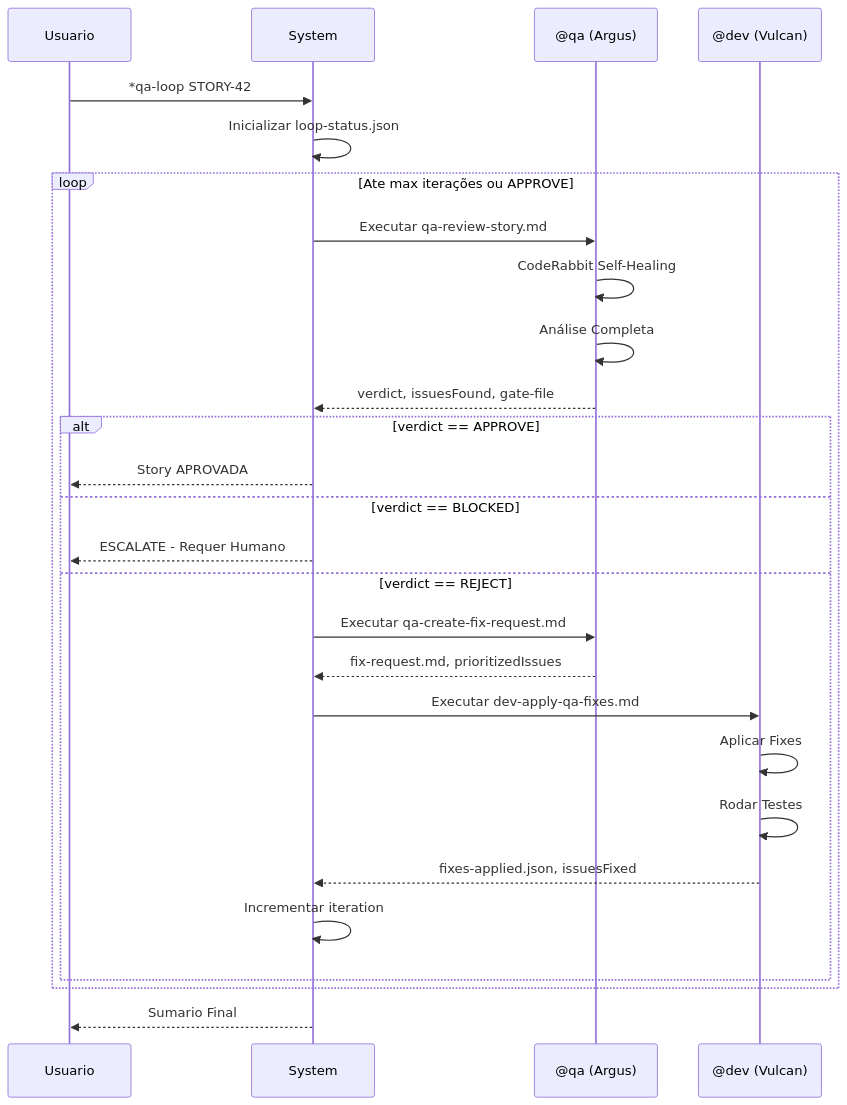
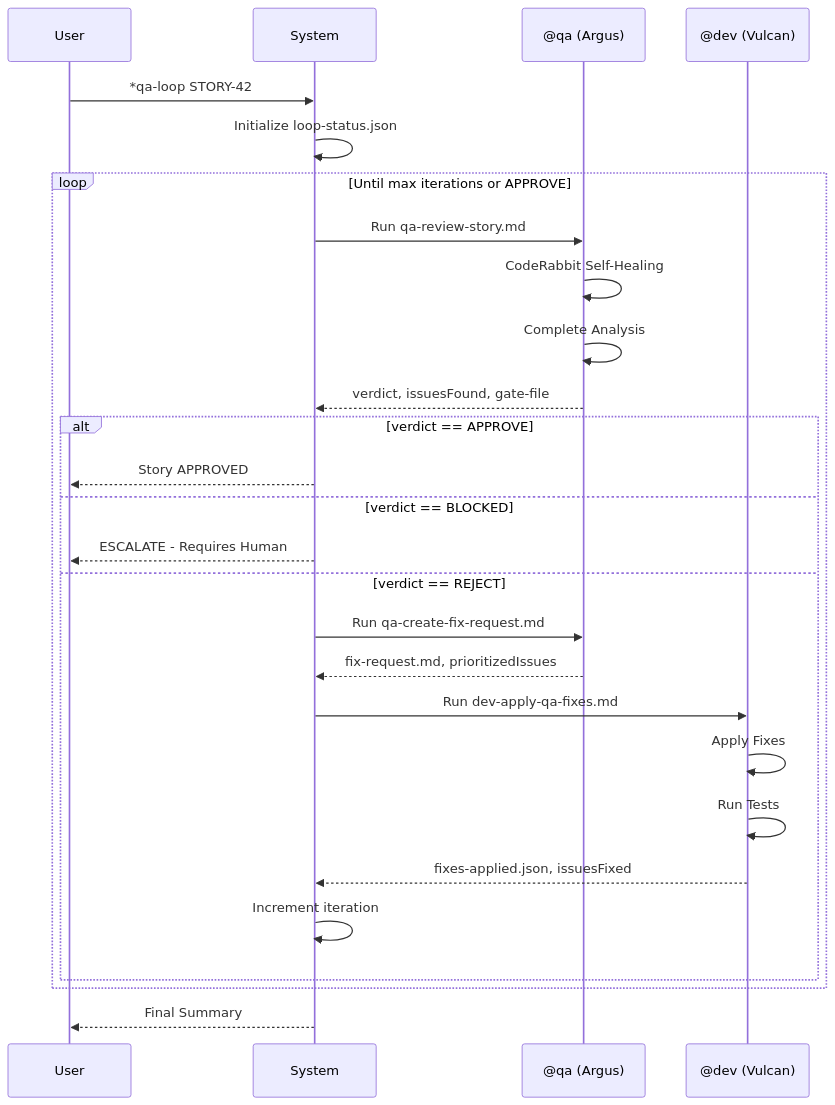
Before and after one commit to CyryxLabs/AEXOS: the third of 10 diagrams in docs/aexos-workflows/qa-loop-workflow.md, drawn with Mermaid. The commit also changed other lines of this file and 528 other files, not shown here.

````diff
--- a/docs/aexos-workflows/qa-loop-workflow.md
+++ b/docs/aexos-workflows/qa-loop-workflow.md
@@ -179,35 +179,35 @@
 ```mermaid
 sequenceDiagram
-    participant U as Usuario
+    participant U as User
     participant S as System
     participant QA as @qa (Argus)
     participant DEV as @dev (Vulcan)
 
     U->>S: *qa-loop STORY-42
-    S->>S: Inicializar loop-status.json
+    S->>S: Initialize loop-status.json
 
-    loop Ate max iterações ou APPROVE
-        S->>QA: Executar qa-review-story.md
+    loop Until max iterations or APPROVE
+        S->>QA: Run qa-review-story.md
         QA->>QA: CodeRabbit Self-Healing
-        QA->>QA: Análise Completa
+        QA->>QA: Complete Analysis
         QA-->>S: verdict, issuesFound, gate-file
 
         alt verdict == APPROVE
-            S-->>U: Story APROVADA
+            S-->>U: Story APPROVED
         else verdict == BLOCKED
-            S-->>U: ESCALATE - Requer Humano
+            S-->>U: ESCALATE - Requires Human
         else verdict == REJECT
-            S->>QA: Executar qa-create-fix-request.md
+            S->>QA: Run qa-create-fix-request.md
             QA-->>S: fix-request.md, prioritizedIssues
 
-            S->>DEV: Executar dev-apply-qa-fixes.md
-            DEV->>DEV: Aplicar Fixes
-            DEV->>DEV: Rodar Testes
+            S->>DEV: Run dev-apply-qa-fixes.md
+            DEV->>DEV: Apply Fixes
+            DEV->>DEV: Run Tests
             DEV-->>S: fixes-applied.json, issuesFixed
 
-            S->>S: Incrementar iteration
+            S->>S: Increment iteration
         end
     end
 
-    S-->>U: Sumario Final
+    S-->>U: Final Summary
 ```
````
